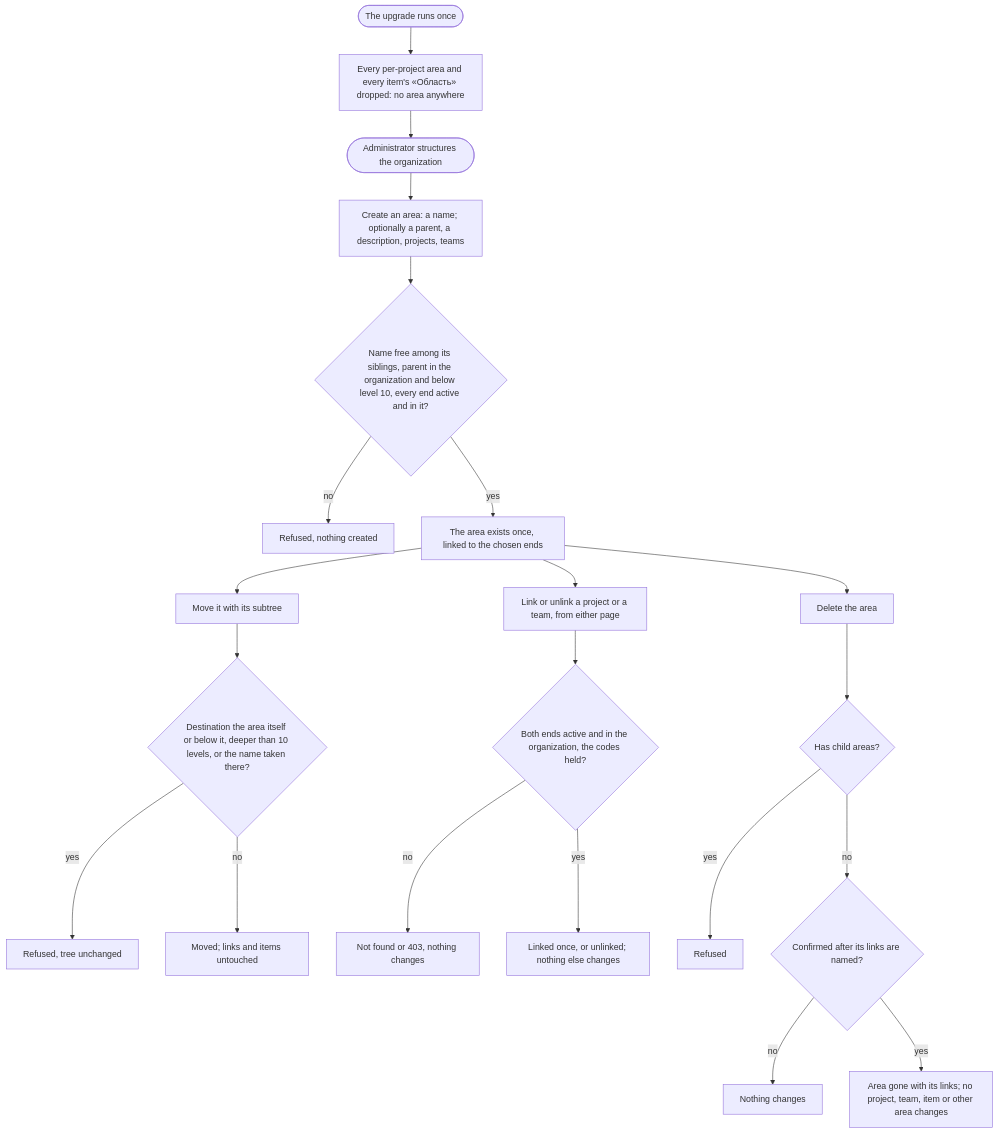
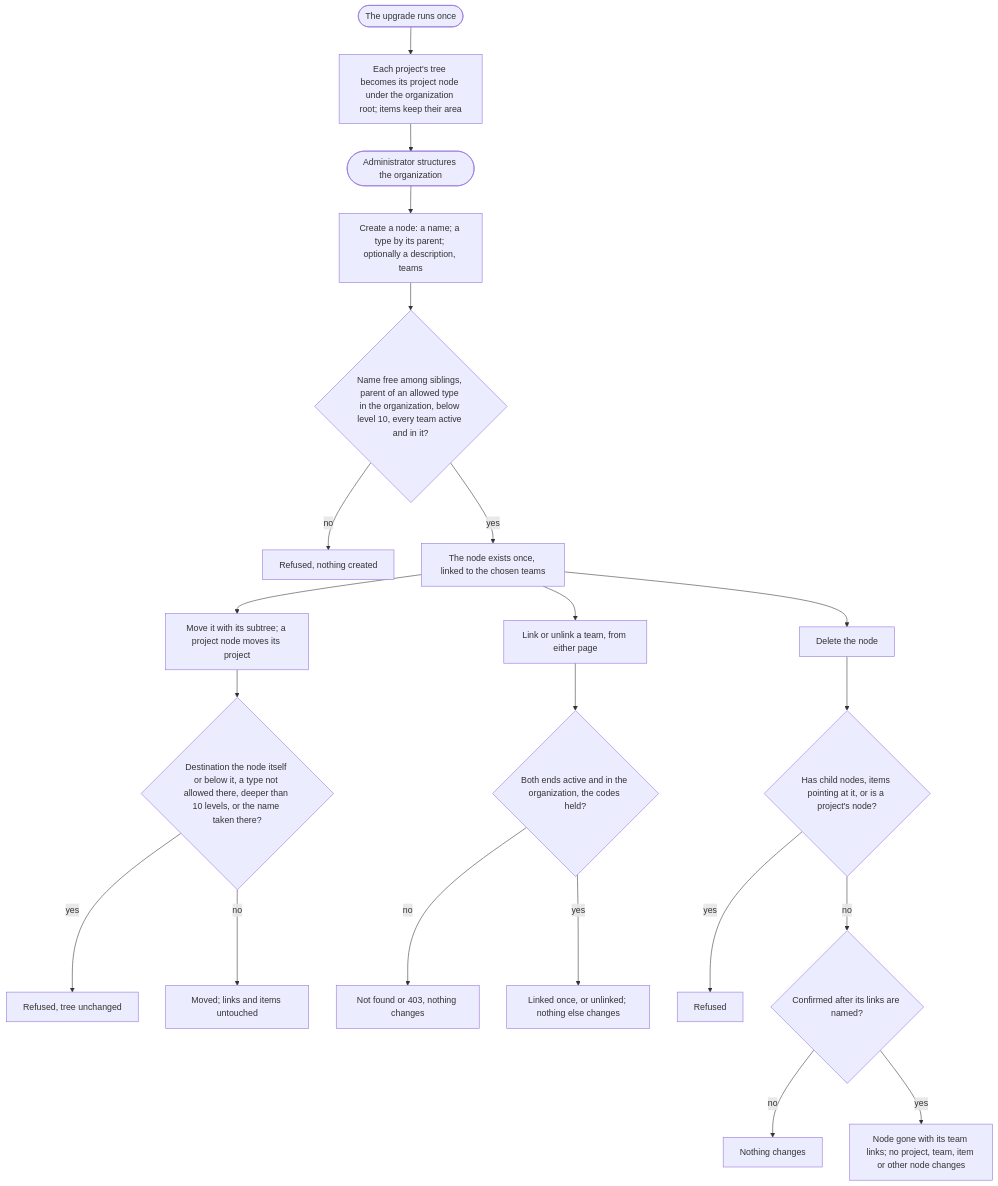
Before and after one commit to totKtoXam/mustask: the diagram in docs/features/mod-018-area-workspace/spec.md, drawn with Mermaid. The commit also changed other lines of this file and 10 other files, not shown here.

Commit message:
docs(org-access): typed area tree rework, gates reset (mod-018)

````diff
--- a/docs/features/mod-018-area-workspace/spec.md
+++ b/docs/features/mod-018-area-workspace/spec.md
@@ -39,23 +40,23 @@
 ```mermaid
 flowchart TD
-    G([The upgrade runs once]) --> G1[Every per-project area and every item's «Область» dropped: no area anywhere]
+    G([The upgrade runs once]) --> G1[Each project's tree becomes its project node under the organization root; items keep their area]
     G1 --> S([Administrator structures the organization])
-    S --> C[Create an area: a name; optionally a parent, a description, projects, teams]
-    C --> C1{Name free among its siblings, parent in the organization and below level 10, every end active and in it?}
+    S --> C[Create a node: a name; a type by its parent; optionally a description, teams]
+    C --> C1{Name free among siblings, parent of an allowed type in the organization, below level 10, every team active and in it?}
     C1 -->|no| C1x[Refused, nothing created]
-    C1 -->|yes| T[The area exists once, linked to the chosen ends]
-    T --> M[Move it with its subtree]
-    M --> M1{Destination the area itself or below it, deeper than 10 levels, or the name taken there?}
+    C1 -->|yes| T[The node exists once, linked to the chosen teams]
+    T --> M[Move it with its subtree; a project node moves its project]
+    M --> M1{Destination the node itself or below it, a type not allowed there, deeper than 10 levels, or the name taken there?}
     M1 -->|yes| M1x[Refused, tree unchanged]
     M1 -->|no| M2[Moved; links and items untouched]
-    T --> L[Link or unlink a project or a team, from either page]
+    T --> L[Link or unlink a team, from either page]
     L --> L1{Both ends active and in the organization, the codes held?}
     L1 -->|no| L1x[Not found or 403, nothing changes]
     L1 -->|yes| L2[Linked once, or unlinked; nothing else changes]
-    T --> D[Delete the area]
-    D --> D1{Has child areas?}
+    T --> D[Delete the node]
+    D --> D1{Has child nodes, items pointing at it, or is a project's node?}
     D1 -->|yes| D1x[Refused]
     D1 -->|no| D2{Confirmed after its links are named?}
     D2 -->|no| D2x[Nothing changes]
-    D2 -->|yes| D3[Area gone with its links; no project, team, item or other area changes]
+    D2 -->|yes| D3[Node gone with its team links; no project, team, item or other node changes]
 ```
````
